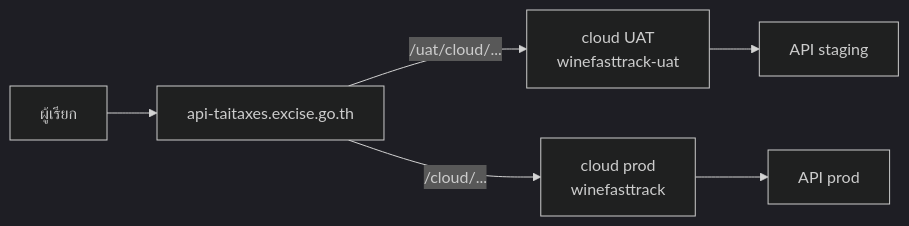
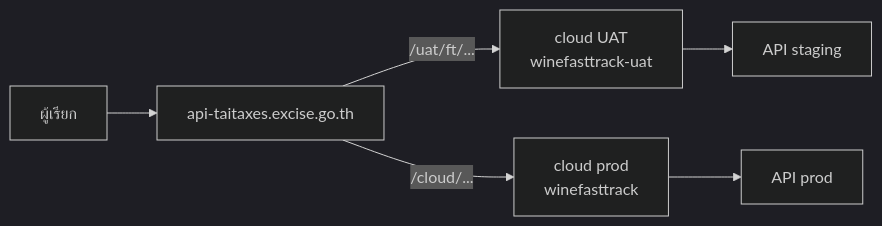
Before and after one commit to phongsakk/thinkbit-summary: the diagram in wine/260820-summit-spect/DRAFT.md, drawn with Mermaid (dark theme). The commit also changed other lines of this file and 6 other files, not shown here.

````diff
--- a/wine/260820-summit-spect/DRAFT.md
+++ b/wine/260820-summit-spect/DRAFT.md
@@ -23,8 +23,8 @@
 ```mermaid
 flowchart LR
   C[ผู้เรียก] --> DC["api-taitaxes.excise.go.th"]
-  DC -->|/uat/cloud/...| UAT["cloud UAT<br/>winefasttrack-uat"]
+  DC -->|/uat/ft/...| UAT["cloud UAT<br/>winefasttrack-uat"]
   DC -->|/cloud/...| PROD["cloud prod<br/>winefasttrack"]
   UAT --> STG["API staging"]
   PROD --> PR["API prod"]
 ```
````
